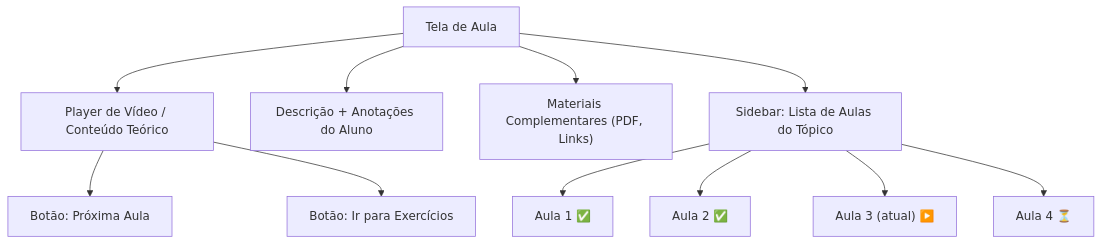
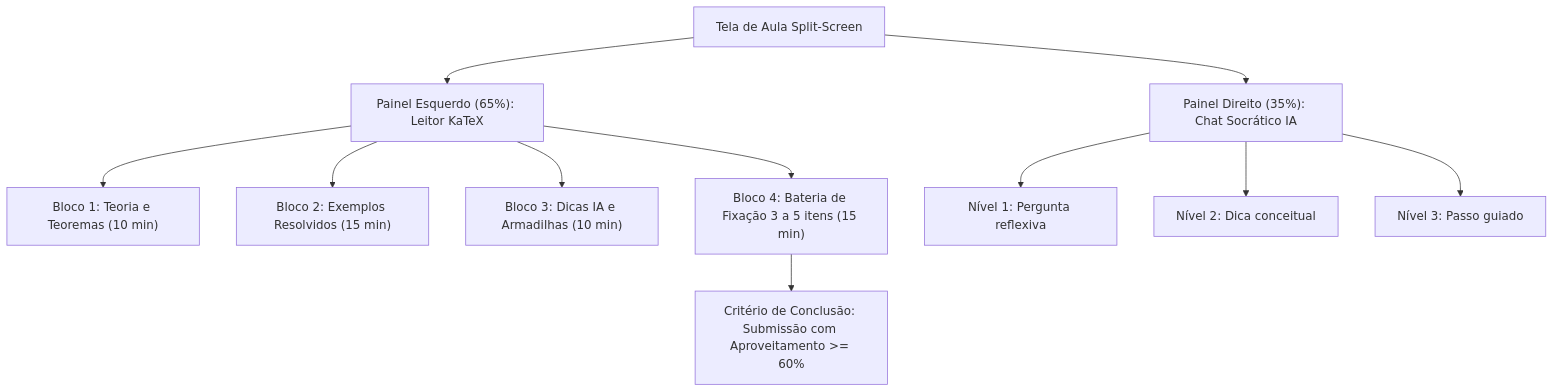
One commit to SiadeLucas/Tutor-Inteligente changed the third of 6 diagrams in docs/modules/interface/flow/telas-aluno.md. Above: the diagram before and after it, drawn with Mermaid. The commit also changed other lines of this file and 28 other files, not shown here.

````diff
--- a/docs/modules/interface/flow/telas-aluno.md
+++ b/docs/modules/interface/flow/telas-aluno.md
@@ -59,13 +59,16 @@
 ```mermaid
 flowchart TD
-    A["Tela de Aula"] --> B["Player de Vídeo / Conteúdo Teórico"]
-    A --> C["Descrição + Anotações do Aluno"]
-    A --> D["Materiais Complementares (PDF, Links)"]
-    A --> E["Sidebar: Lista de Aulas do Tópico"]
-    E --> F["Aula 1 ✅"]
-    E --> G["Aula 2 ✅"]
-    E --> H["Aula 3 (atual) ▶️"]
-    E --> I["Aula 4 ⏳"]
-    B --> J["Botão: Próxima Aula"]
-    B --> K["Botão: Ir para Exercícios"]
+    A["Tela de Aula Split-Screen"] --> B["Painel Esquerdo (65%): Leitor KaTeX"]
+    A --> C["Painel Direito (35%): Chat Socrático IA"]
+    
+    B --> B1["Bloco 1: Teoria e Teoremas (10 min)"]
+    B --> B2["Bloco 2: Exemplos Resolvidos (15 min)"]
+    B --> B3["Bloco 3: Dicas IA e Armadilhas (10 min)"]
+    B --> B4["Bloco 4: Bateria de Fixação 3 a 5 itens (15 min)"]
+    
+    C --> C1["Nível 1: Pergunta reflexiva"]
+    C --> C2["Nível 2: Dica conceitual"]
+    C --> C3["Nível 3: Passo guiado"]
+    
+    B4 --> D["Critério de Conclusão: Submissão com Aproveitamento >= 60%"]
 ```
````
